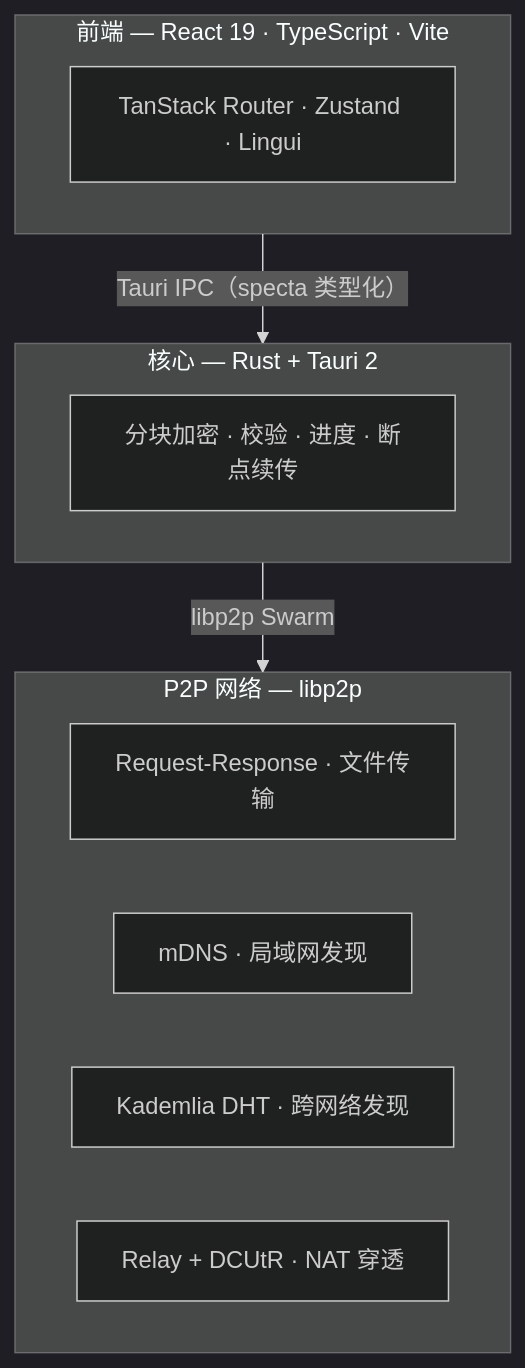
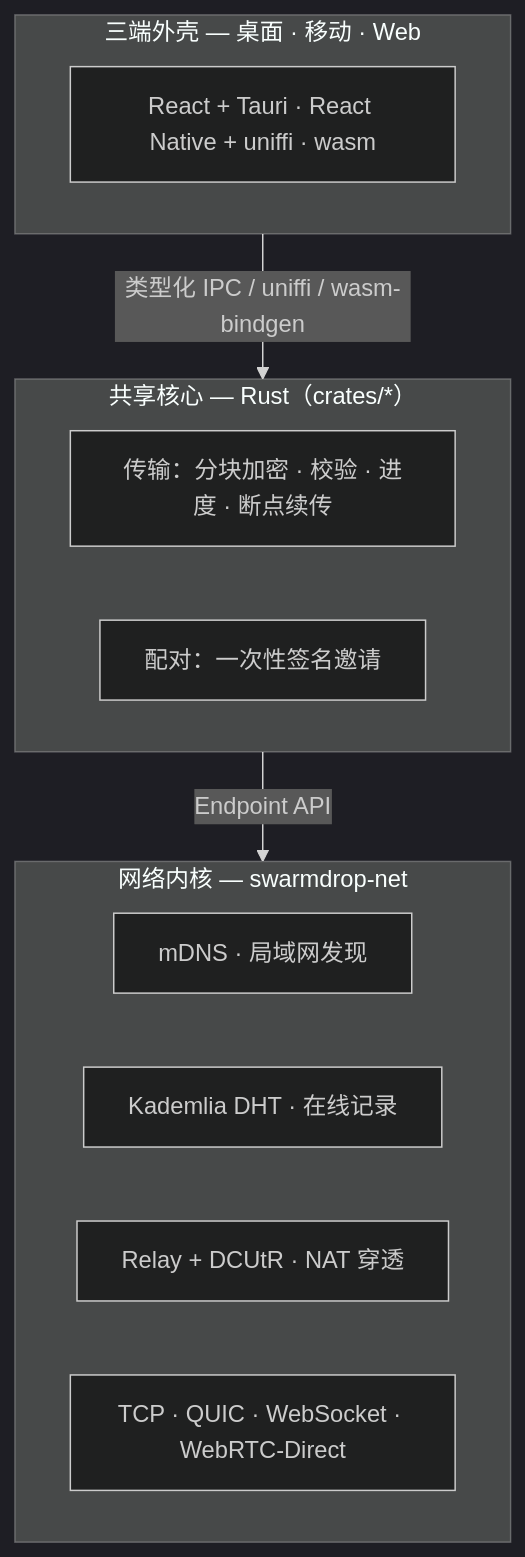
The diagram in README.zh-CN.md (swarm-apps/SwarmDrop), drawn with Mermaid (dark theme) before and after one commit. The commit also changed other lines of this file and 18 other files, not shown here.

````diff
--- a/README.zh-CN.md
+++ b/README.zh-CN.md
@@ -112,17 +112,18 @@
 ```mermaid
 graph TB
-    subgraph Frontend["前端 — React 19 · TypeScript · Vite"]
-        A["TanStack Router · Zustand · Lingui"]
+    subgraph Shells["三端外壳 — 桌面 · 移动 · Web"]
+        A["React + Tauri · React Native + uniffi · wasm"]
     end
-    subgraph Backend["核心 — Rust + Tauri 2"]
-        B["分块加密 · 校验 · 进度 · 断点续传"]
+    subgraph Core["共享核心 — Rust（crates/*）"]
+        B["传输：分块加密 · 校验 · 进度 · 断点续传"]
+        G["配对：一次性签名邀请"]
     end
-    subgraph P2P["P2P 网络 — libp2p"]
-        C["Request-Response · 文件传输"]
+    subgraph Net["网络内核 — swarmdrop-net"]
         D["mDNS · 局域网发现"]
-        E["Kademlia DHT · 跨网络发现"]
+        E["Kademlia DHT · 在线记录"]
         F["Relay + DCUtR · NAT 穿透"]
+        H["TCP · QUIC · WebSocket · WebRTC-Direct"]
     end
-    Frontend -- "Tauri IPC（specta 类型化）" --> Backend
-    Backend -- "libp2p Swarm" --> P2P
+    Shells -- "类型化 IPC / uniffi / wasm-bindgen" --> Core
+    Core -- "Endpoint API" --> Net
 ```
````
